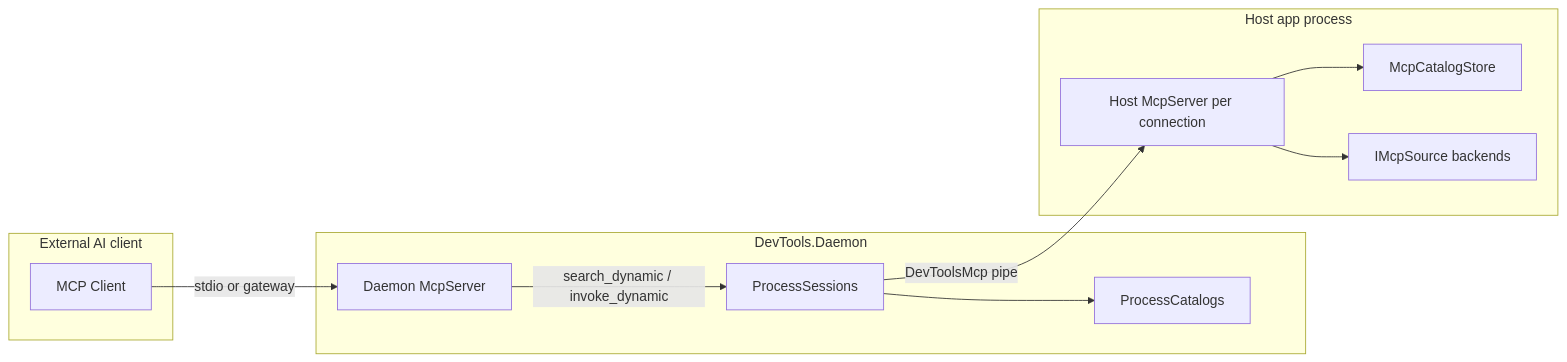
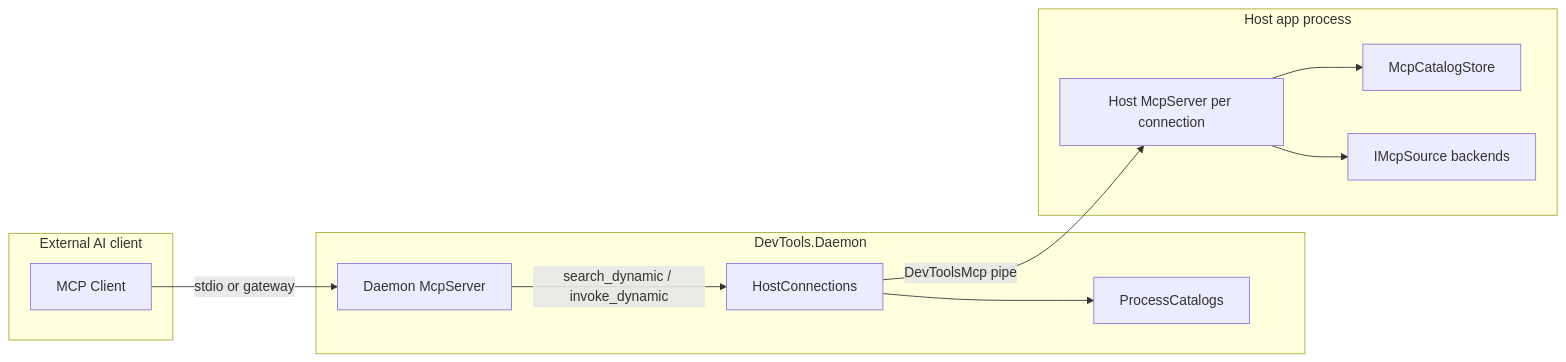
One commit to trgiangv/RevitDevTool changed the diagram in docs/architecture/MCP/README.md. Above: the diagram before and after it, drawn with Mermaid. The commit also changed other lines of this file and 88 other files, not shown here.

````diff
--- a/docs/architecture/MCP/README.md
+++ b/docs/architecture/MCP/README.md
@@ -26,25 +26,25 @@
 ```mermaid
 flowchart LR
   subgraph external [External AI client]
     Client[MCP Client]
   end
 
   subgraph daemonProc [DevTools.Daemon]
     DaemonSrv[Daemon McpServer]
-    Sessions[ProcessSessions]
+    Sessions[HostConnections]
     Catalog[ProcessCatalogs]
   end
 
   subgraph hostProc [Host app process]
     HostSrv[Host McpServer per connection]
     Store[McpCatalogStore]
     Sources[IMcpSource backends]
   end
 
   Client -->|"stdio or gateway"| DaemonSrv
   DaemonSrv -->|"search_dynamic / invoke_dynamic"| Sessions
   Sessions --> Catalog
   Sessions -->|"DevToolsMcp pipe"| HostSrv
   HostSrv --> Store
   HostSrv --> Sources
 ```
````
